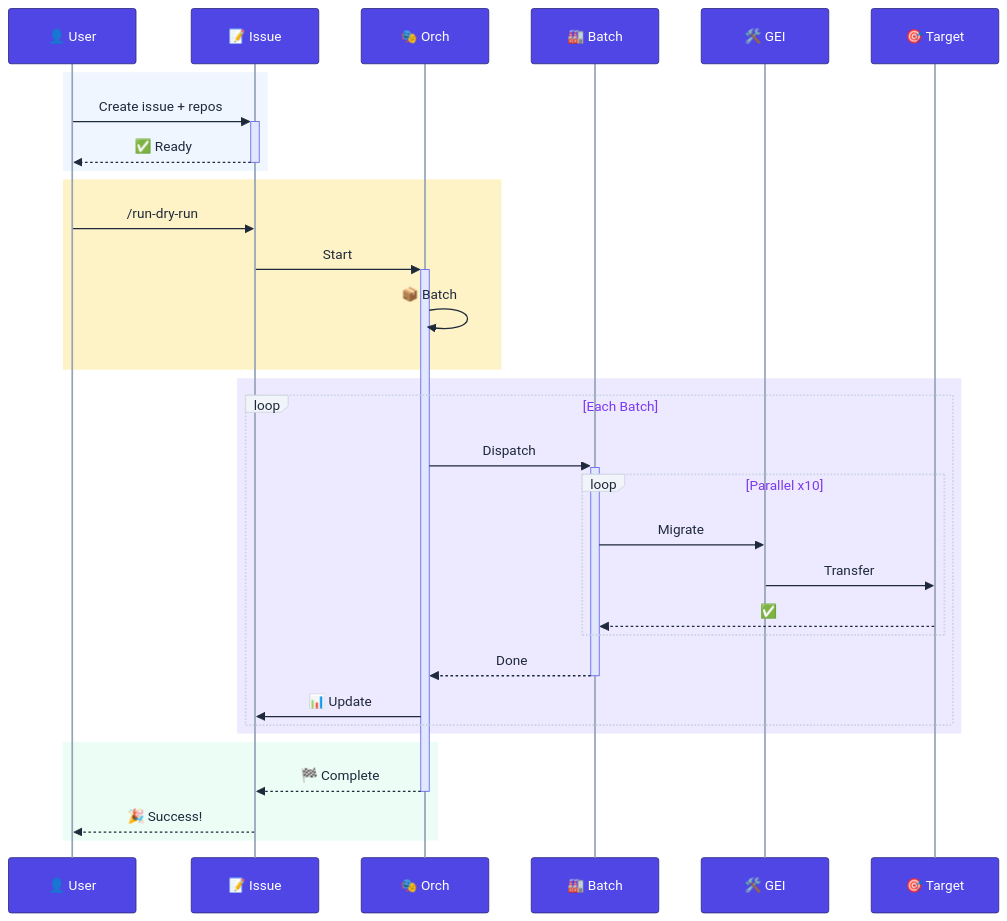
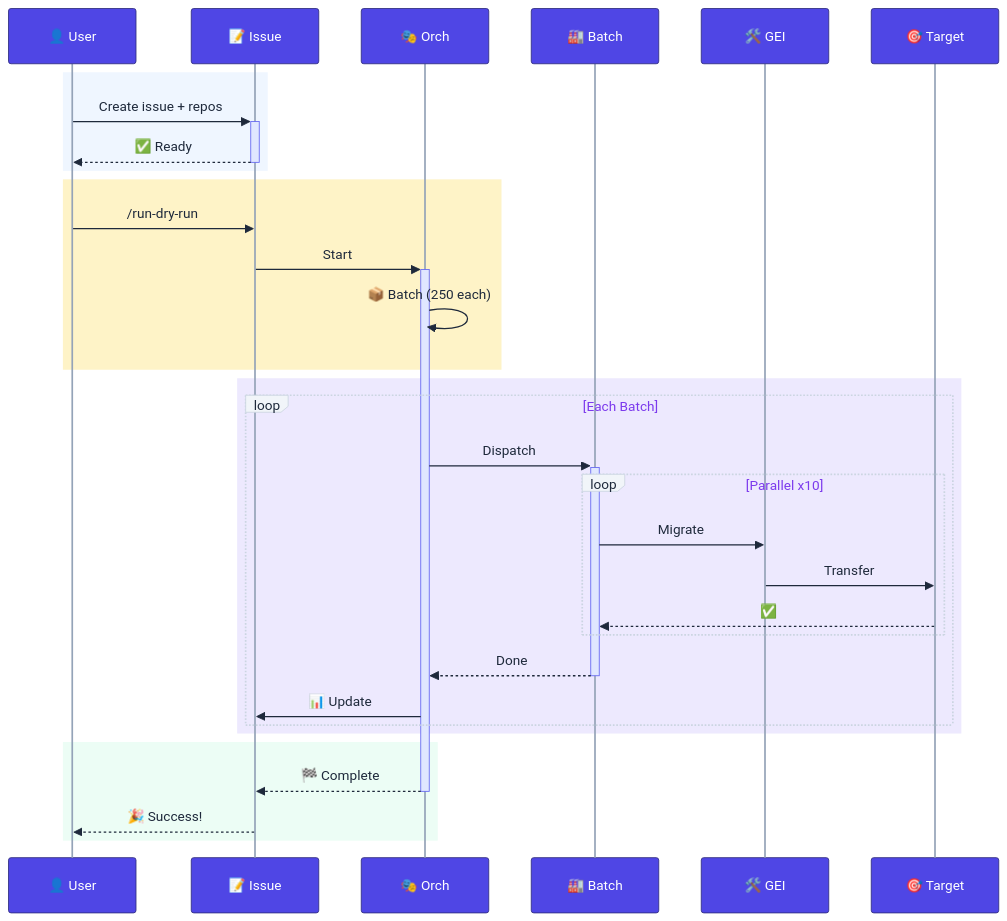
The second of 2 diagrams in README.md (cvega/migraction), drawn with Mermaid before and after one commit. The commit also changed other lines of this file, not shown here.

````diff
--- a/README.md
+++ b/README.md
@@ -366,41 +378,41 @@
 ```mermaid
 %%{init: {'theme':'base', 'themeVariables': { 'primaryColor':'#1f2937', 'primaryBorderColor':'#4f46e5', 'primaryTextColor':'#fff', 'lineColor':'#6366f1', 'secondaryColor':'#7c3aed', 'background':'#ffffff', 'actorBkg':'#4f46e5', 'actorBorder':'#312e81', 'actorTextColor':'#ffffff', 'actorLineColor':'#94a3b8', 'signalColor':'#1e293b', 'signalTextColor':'#1e293b', 'labelBoxBkgColor':'#f1f5f9', 'labelBoxBorderColor':'#cbd5e1', 'labelTextColor':'#1e293b', 'loopTextColor':'#7c3aed', 'noteBkgColor':'#fef3c7', 'noteBorderColor':'#f59e0b', 'noteTextColor':'#92400e', 'activationBorderColor':'#6366f1', 'activationBkgColor':'#e0e7ff', 'sequenceNumberColor':'#ffffff'}}}%%
 sequenceDiagram
     participant U as 👤 User
     participant I as 📝 Issue
     participant O as 🎭 Orch
     participant B as 🏭 Batch
     participant G as 🛠️ GEI
     participant T as 🎯 Target
     
     rect rgb(239, 246, 255)
         U->>+I: Create issue + repos
         I-->>-U: ✅ Ready
     end
     
     rect rgb(254, 243, 199)
         U->>I: /run-dry-run
         I->>+O: Start
-        O->>O: 📦 Batch
+        O->>O: 📦 Batch (250 each)
     end
     
     rect rgb(237, 233, 254)
         loop Each Batch
             O->>+B: Dispatch
             
             loop Parallel x10
                 B->>G: Migrate
                 G->>T: Transfer
                 T-->>B: ✅
             end
             
             B-->>-O: Done
             O->>I: 📊 Update
         end
     end
     
     rect rgb(236, 253, 245)
         O-->>-I: 🏁 Complete
         I-->>U: 🎉 Success!
     end
 ```
````
